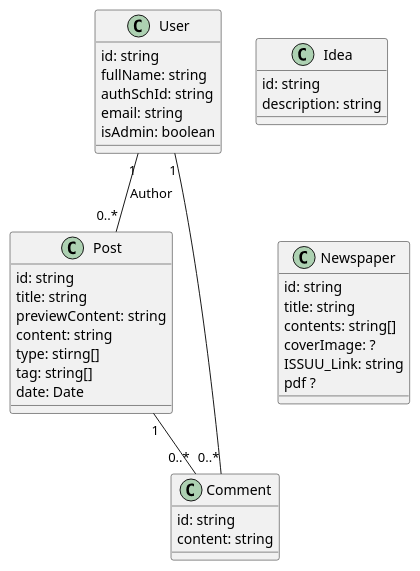
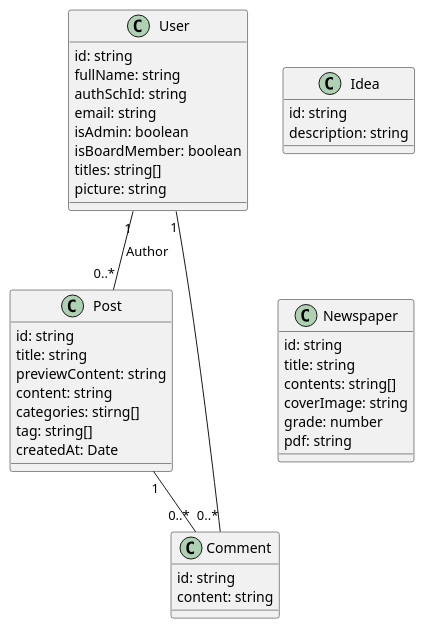
One commit to kir-dev/impulzus changed the diagram in docs/class-diagram.puml. Above: the diagram before and after it, drawn with PlantUML.

Commit message:
class diagrm update

```diff
--- a/docs/class-diagram.puml
+++ b/docs/class-diagram.puml
@@ -1,44 +1,47 @@
 @startuml impulzus
 
 class User {
     id: string
     fullName: string
     authSchId: string
     email: string
     isAdmin: boolean
+    isBoardMember: boolean
+    titles: string[]
+    picture: string
 }
 class Post {
     id: string
     title: string
     previewContent: string
     content: string
-    type: stirng[]
+    categories: stirng[]
     tag: string[]
-    date: Date
+    createdAt: Date
 }
 
 class Comment {
     id: string
     content: string
 }
 
 User "1" -- "0..*" Post: Author
 User "1" -- "0..*" Comment
 Post "1" -- "0..*" Comment
 Newspaper "1" -[hidden]- "0..*" Comment
 
 class Idea {
     id: string
     description: string
 }
 
 class Newspaper {
     id: string
     title: string
     contents: string[]
-    coverImage: ?
-    ISSUU_Link: string
-    pdf ?
+    coverImage: string
+    grade: number
+    pdf: string
 }
 
 @enduml
```
